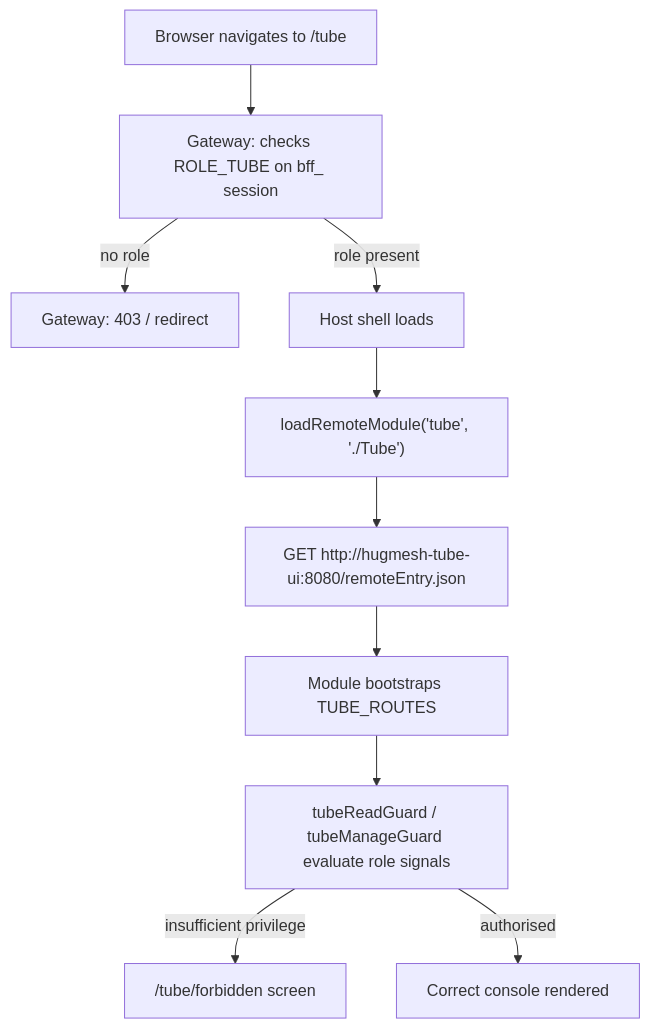
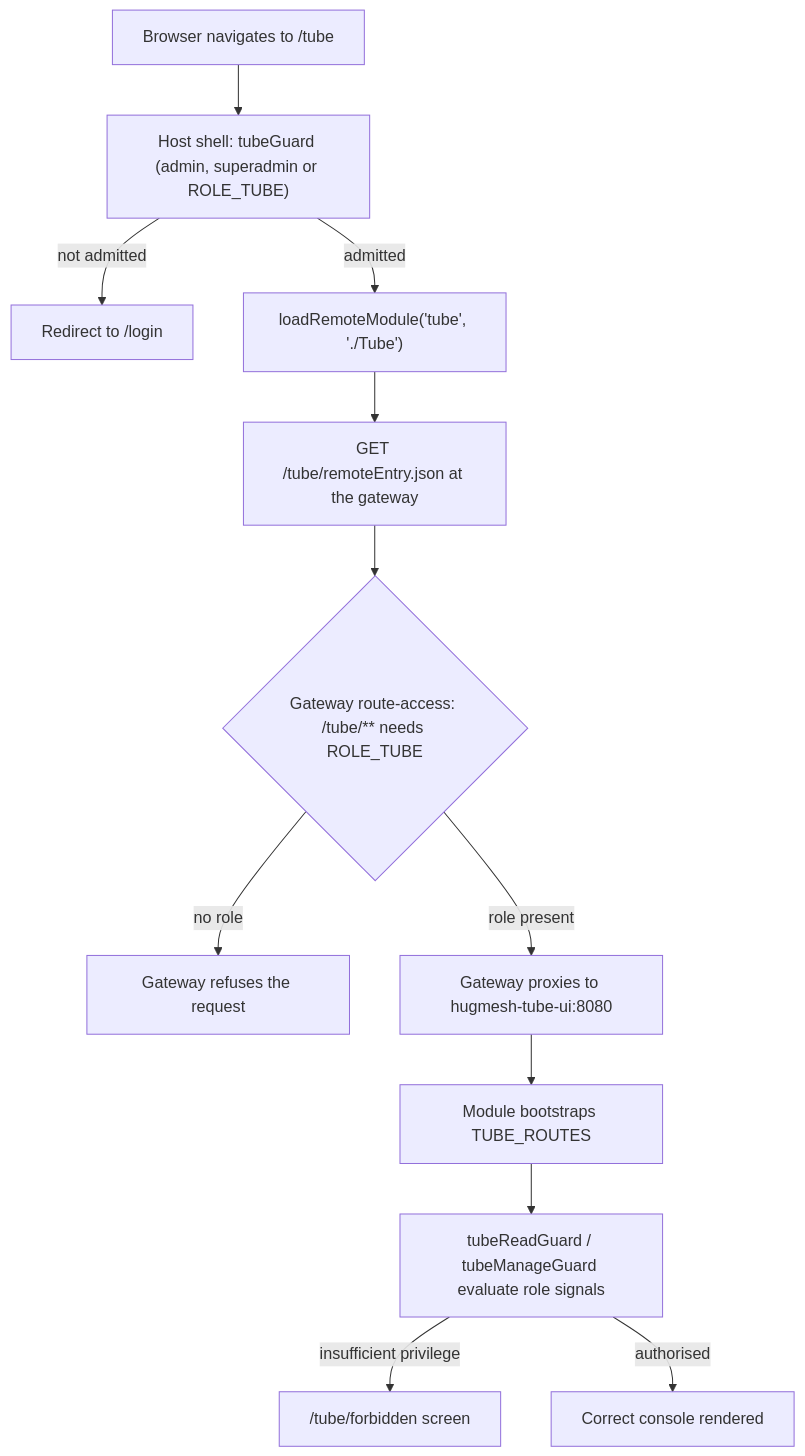
One commit to hugmesh/hugmesh-tube-ui changed the first of 2 diagrams in README.md. Above: the diagram before and after it, drawn with Mermaid. The commit also changed other lines of this file, not shown here.

Commit message:
docs(readme): correct repo names, request path, cookie name, CI jobs, release workflow

````diff
--- a/README.md
+++ b/README.md
@@ -58,12 +56,14 @@
 ```mermaid
 flowchart TB
-    A[Browser navigates to /tube] --> B[Gateway: checks ROLE_TUBE on bff_ session]
-    B -->|no role| C[Gateway: 403 / redirect]
-    B -->|role present| D[Host shell loads]
-    D --> E["loadRemoteModule('tube', './Tube')"]
-    E --> F["GET http://hugmesh-tube-ui:8080/remoteEntry.json"]
-    F --> G[Module bootstraps TUBE_ROUTES]
-    G --> H[tubeReadGuard / tubeManageGuard evaluate role signals]
-    H -->|insufficient privilege| I["/tube/forbidden screen"]
-    H -->|authorised| J[Correct console rendered]
+    A[Browser navigates to /tube] --> B["Host shell: tubeGuard (admin, superadmin or ROLE_TUBE)"]
+    B -->|not admitted| C[Redirect to /login]
+    B -->|admitted| D["loadRemoteModule('tube', './Tube')"]
+    D --> E["GET /tube/remoteEntry.json at the gateway"]
+    E --> F{"Gateway route-access: /tube/** needs ROLE_TUBE"}
+    F -->|no role| G[Gateway refuses the request]
+    F -->|role present| H["Gateway proxies to hugmesh-tube-ui:8080"]
+    H --> I[Module bootstraps TUBE_ROUTES]
+    I --> J[tubeReadGuard / tubeManageGuard evaluate role signals]
+    J -->|insufficient privilege| K["/tube/forbidden screen"]
+    J -->|authorised| L[Correct console rendered]
 ```
````
